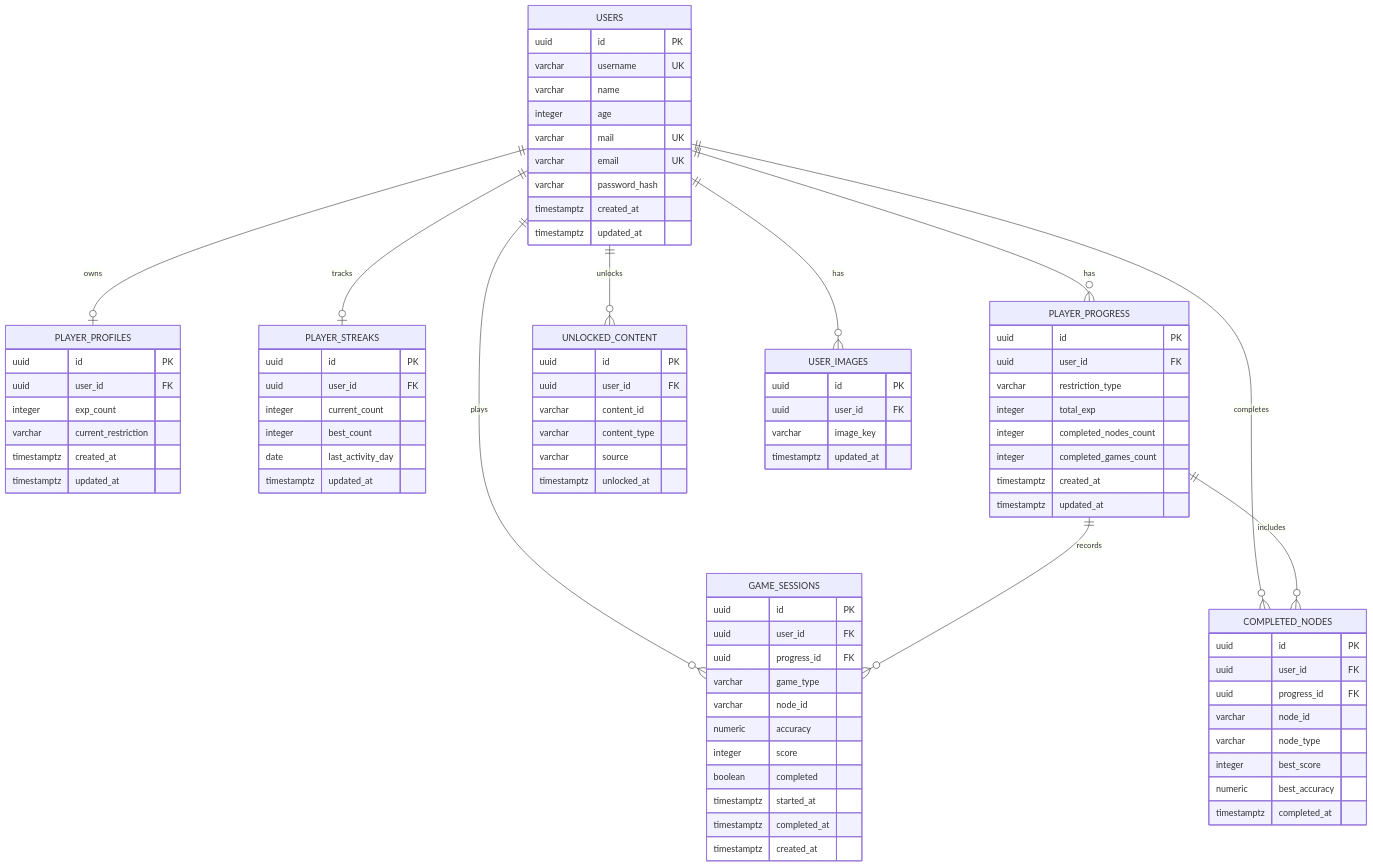
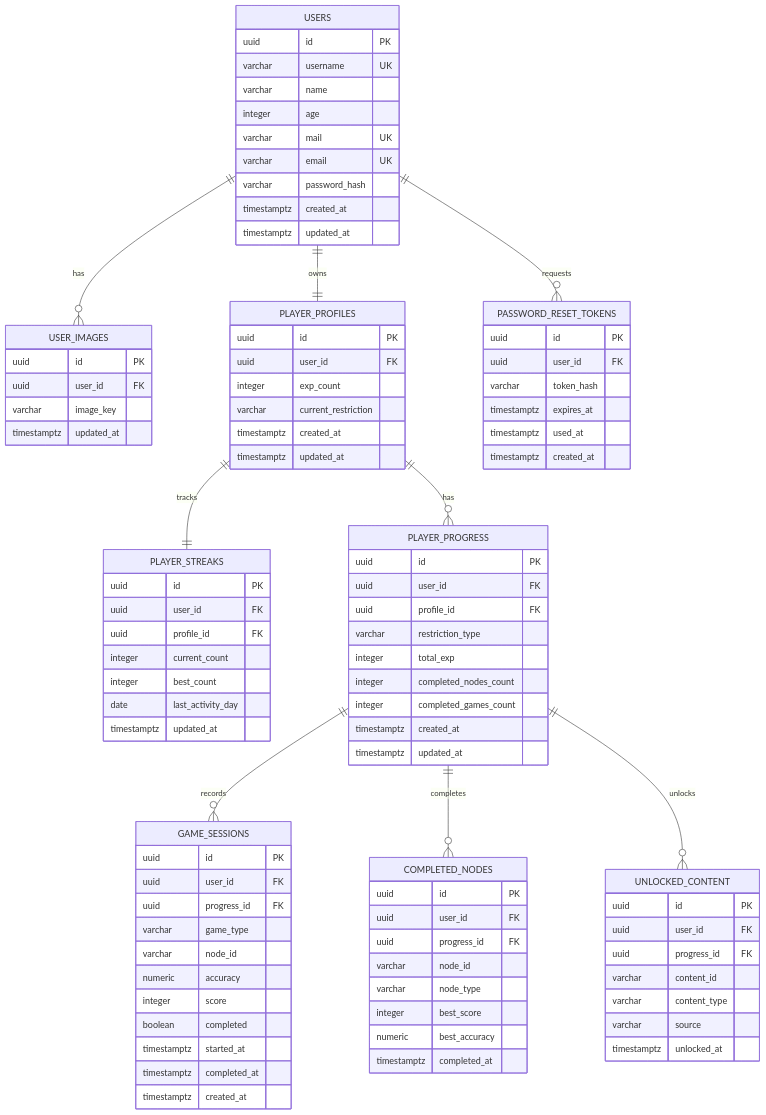
The diagram in BACKEND/docs/DER.md (TTIP-e-vidente/e-vidente), drawn with Mermaid before and after one commit. The commit also changed other lines of this file and 35 other files, not shown here.

````diff
--- a/BACKEND/docs/DER.md
+++ b/BACKEND/docs/DER.md
@@ -44,14 +41,13 @@
 ```mermaid
 erDiagram
-  USERS ||--o| PLAYER_PROFILES : owns
-  USERS ||--o| PLAYER_STREAKS : tracks
-  USERS ||--o{ PLAYER_PROGRESS : has
-  USERS ||--o{ GAME_SESSIONS : plays
-  USERS ||--o{ COMPLETED_NODES : completes
-  USERS ||--o{ UNLOCKED_CONTENT : unlocks
   USERS ||--o{ USER_IMAGES : has
+  USERS ||--|| PLAYER_PROFILES : owns
+  PLAYER_PROFILES ||--|| PLAYER_STREAKS : tracks
+  PLAYER_PROFILES ||--o{ PLAYER_PROGRESS : has
   PLAYER_PROGRESS ||--o{ GAME_SESSIONS : records
-  PLAYER_PROGRESS ||--o{ COMPLETED_NODES : includes
+  PLAYER_PROGRESS ||--o{ COMPLETED_NODES : completes
+  PLAYER_PROGRESS ||--o{ UNLOCKED_CONTENT : unlocks
+  USERS ||--o{ PASSWORD_RESET_TOKENS : requests
 
   USERS {
     uuid id PK
@@ -62,6 +58,13 @@
     varchar email UK
     varchar password_hash
     timestamptz created_at
+    timestamptz updated_at
+  }
+
+  USER_IMAGES {
+    uuid id PK
+    uuid user_id FK
+    varchar image_key
     timestamptz updated_at
   }
 
@@ -77,6 +80,7 @@
   PLAYER_STREAKS {
     uuid id PK
     uuid user_id FK
+    uuid profile_id FK
     integer current_count
     integer best_count
     date last_activity_day
@@ -86,6 +90,7 @@
   PLAYER_PROGRESS {
     uuid id PK
     uuid user_id FK
+    uuid profile_id FK
     varchar restriction_type
     integer total_exp
     integer completed_nodes_count
@@ -122,16 +127,19 @@
   UNLOCKED_CONTENT {
     uuid id PK
     uuid user_id FK
+    uuid progress_id FK
     varchar content_id
     varchar content_type
     varchar source
     timestamptz unlocked_at
   }
 
-  USER_IMAGES {
+  PASSWORD_RESET_TOKENS {
     uuid id PK
     uuid user_id FK
-    varchar image_key
-    timestamptz updated_at
+    varchar token_hash
+    timestamptz expires_at
+    timestamptz used_at
+    timestamptz created_at
   }
 ```
````
